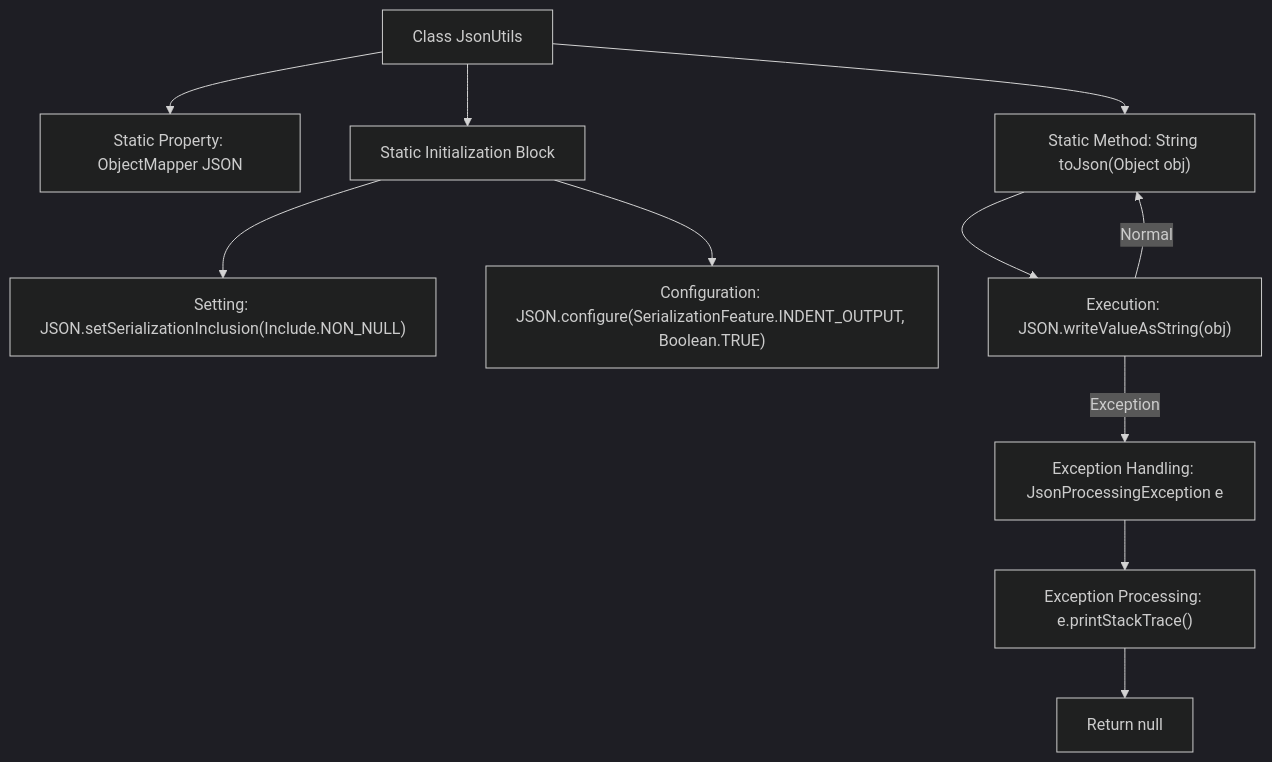
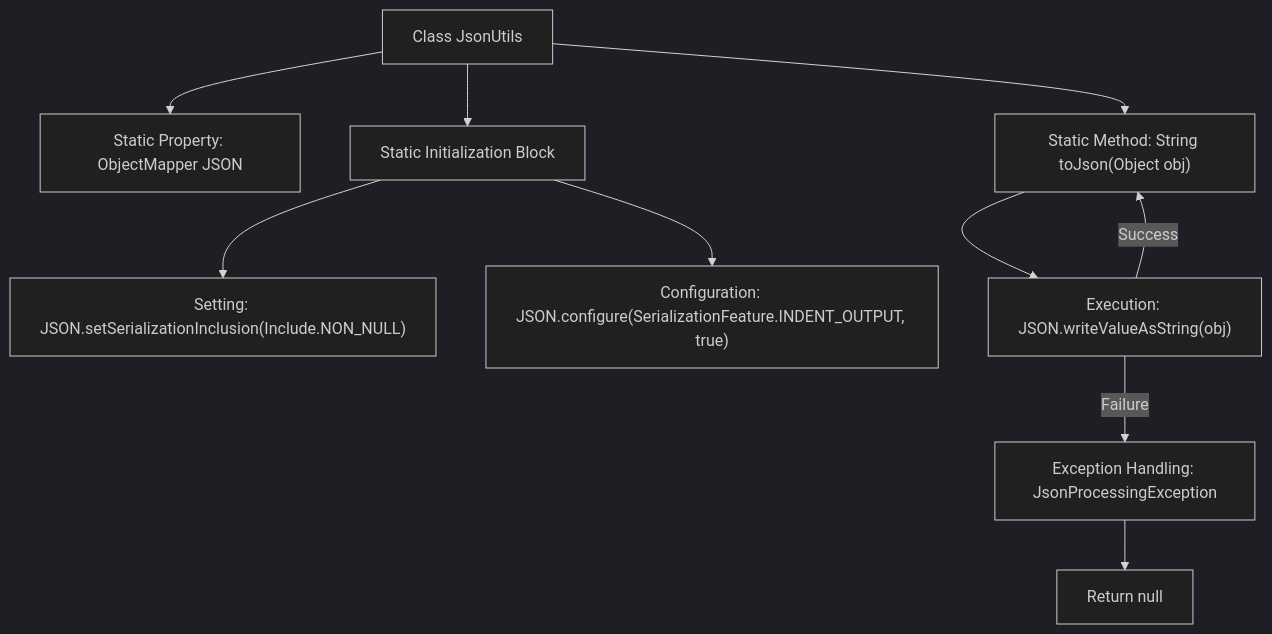
Before and after one commit to v-wjrong/rongwj666_weixin-java-miniapp-demo: the second of 2 diagrams in docs/en/docs/src/main/java/com/github/binarywang/demo/wx/miniapp/utils/JsonUtils.md, drawn with Mermaid (dark theme). The commit also changed other lines of this file and 49 other files, not shown here.

````diff
--- a/docs/en/docs/src/main/java/com/github/binarywang/demo/wx/miniapp/utils/JsonUtils.md
+++ b/docs/en/docs/src/main/java/com/github/binarywang/demo/wx/miniapp/utils/JsonUtils.md
@@ -67,24 +58,22 @@
 ```mermaid
 graph TD
     A["Class JsonUtils"]
     B["Static Property: ObjectMapper JSON"]
     C["Static Initialization Block"]
     D["Setting: JSON.setSerializationInclusion(Include.NON_NULL)"]
-    E["Configuration: JSON.configure(SerializationFeature.INDENT_OUTPUT, Boolean.TRUE)"]
+    E["Configuration: JSON.configure(SerializationFeature.INDENT_OUTPUT, true)"]
     F["Static Method: String toJson(Object obj)"]
     G["Execution: JSON.writeValueAsString(obj)"]
-    H["Exception Handling: JsonProcessingException e"]
-    I["Exception Processing: e.printStackTrace()"]
-    J["Return null"]
+    H["Exception Handling: JsonProcessingException"]
+    I["Return null"]
 
     A --> B
     A --> C
     C --> D
     C --> E
     A --> F
     F --> G
-    G -->|Exception| H
+    G -->|Success| F
+    G -->|Failure| H
     H --> I
-    I --> J
-    G -->|Normal| F
 ```
````
